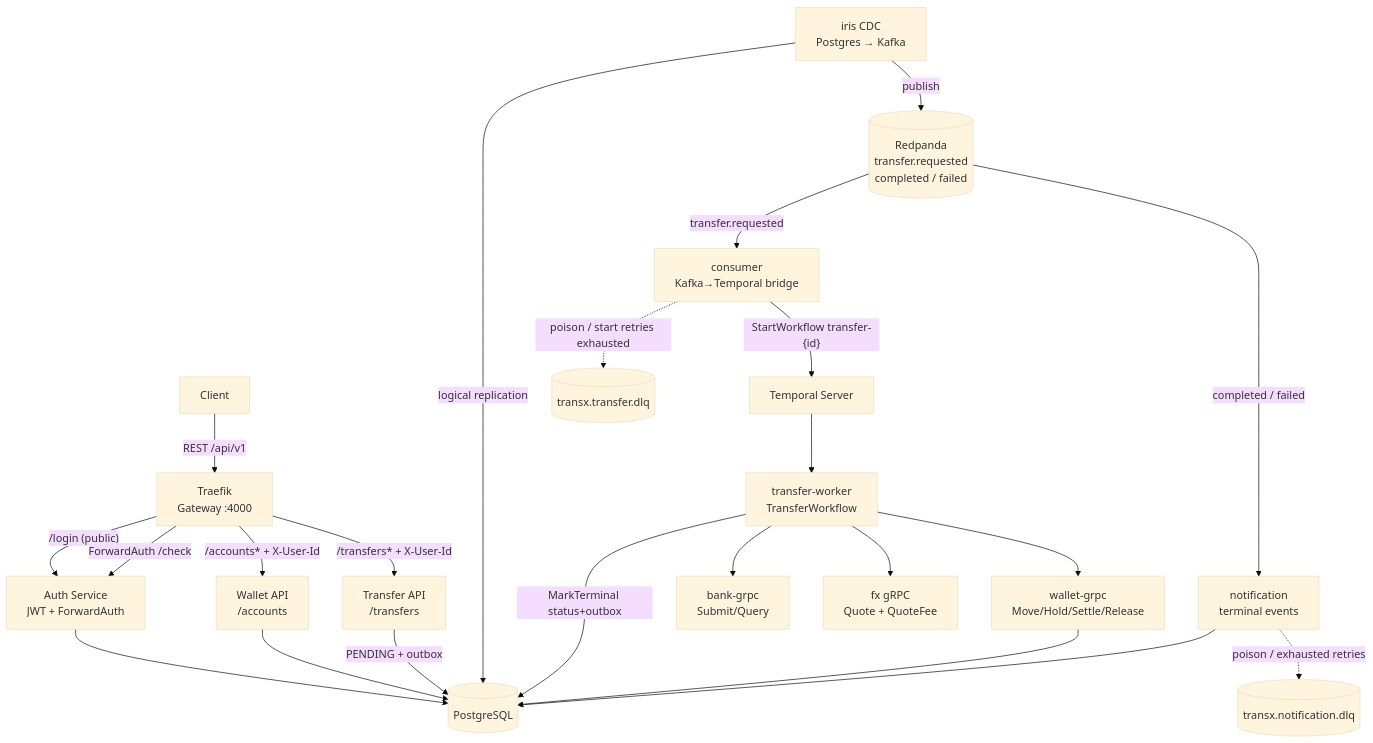
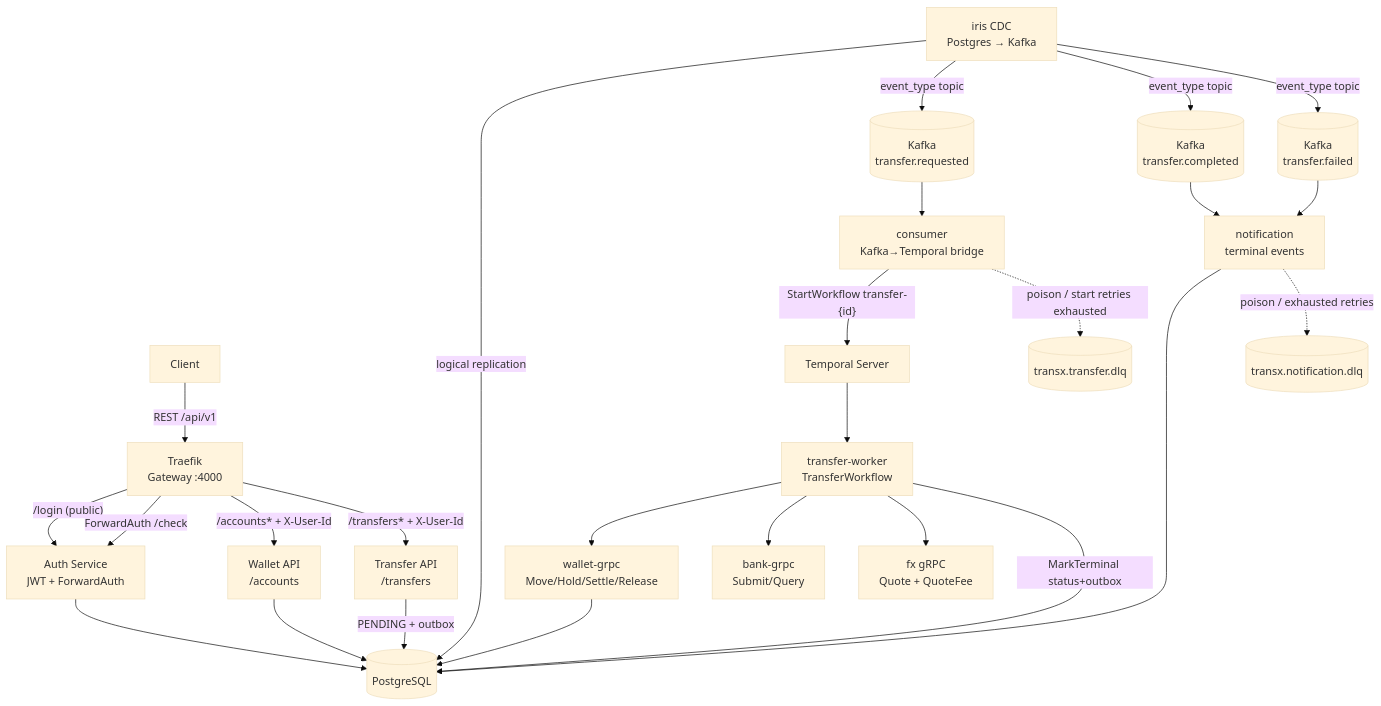
One commit to Phathdt/transx changed the first of 5 diagrams in README.md. Above: the diagram before and after it, drawn with Mermaid (base theme). The commit also changed other lines of this file, not shown here.

First line of the commit message:
docs(readme): use Kafka in architecture diagrams, Redpanda demo-only

````diff
--- a/README.md
+++ b/README.md
@@ -219,44 +222,49 @@
 ```mermaid
 flowchart TD
     FE["Client"]
     TR["Traefik\nGateway :4000"]
     AUTH["Auth Service\nJWT + ForwardAuth"]
     WALLET["Wallet API\n/accounts"]
     TRANSFER["Transfer API\n/transfers"]
     IRIS["iris CDC\nPostgres → Kafka"]
     BRIDGE["consumer\nKafka→Temporal bridge"]
     TEMP["Temporal Server"]
     WORKER["transfer-worker\nTransferWorkflow"]
     NOTIF["notification\nterminal events"]
     WGRPC["wallet-grpc\nMove/Hold/Settle/Release"]
     BGRPC["bank-grpc\nSubmit/Query"]
     FX["fx gRPC\nQuote + QuoteFee"]
     PG[("PostgreSQL")]
-    RP[("Redpanda\ntransfer.requested\ncompleted / failed")]
+    KREQ[("Kafka\ntransfer.requested")]
+    KOK[("Kafka\ntransfer.completed")]
+    KFAIL[("Kafka\ntransfer.failed")]
     TDLQ[("transx.transfer.dlq")]
     NDLQ[("transx.notification.dlq")]
 
     FE -->|"REST /api/v1"| TR
     TR -->|"/login (public)"| AUTH
     TR -->|"ForwardAuth /check"| AUTH
     TR -->|"/accounts* + X-User-Id"| WALLET
     TR -->|"/transfers* + X-User-Id"| TRANSFER
 
     AUTH --> PG
     WALLET --> PG
     TRANSFER -->|"PENDING + outbox"| PG
     IRIS -->|"logical replication"| PG
-    IRIS -->|"publish"| RP
-    RP -->|"transfer.requested"| BRIDGE
+    IRIS -->|"event_type topic"| KREQ
+    IRIS -->|"event_type topic"| KOK
+    IRIS -->|"event_type topic"| KFAIL
+    KREQ --> BRIDGE
     BRIDGE -->|"StartWorkflow transfer-{id}"| TEMP
     TEMP --> WORKER
     WORKER --> WGRPC
     WORKER --> BGRPC
     WORKER --> FX
     WORKER -->|"MarkTerminal status+outbox"| PG
     WGRPC --> PG
-    RP -->|"completed / failed"| NOTIF
+    KOK --> NOTIF
+    KFAIL --> NOTIF
     NOTIF --> PG
     BRIDGE -.->|"poison / start retries exhausted"| TDLQ
     NOTIF -.->|"poison / exhausted retries"| NDLQ
 ```
````
